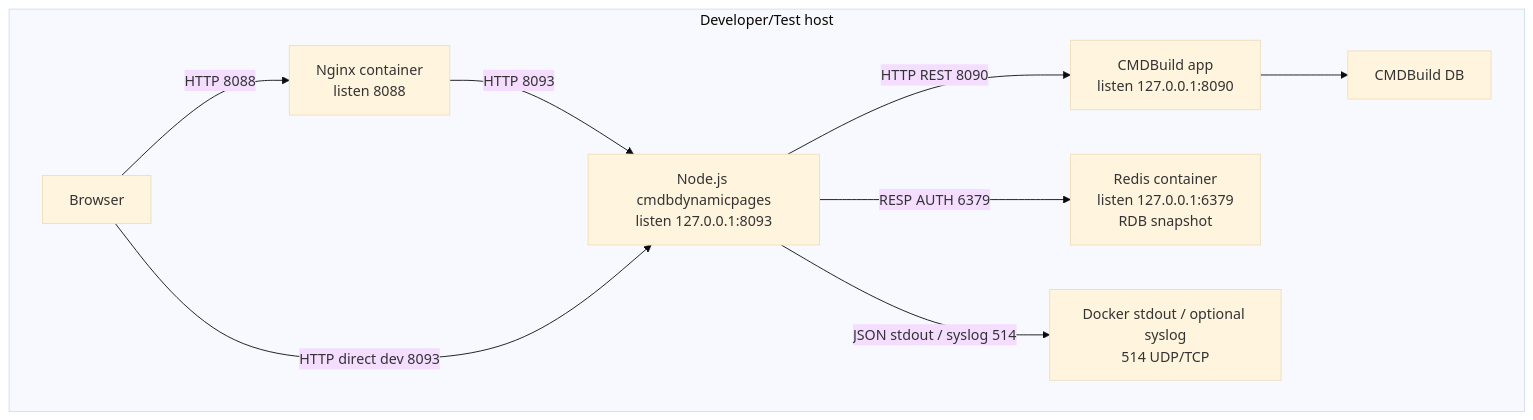
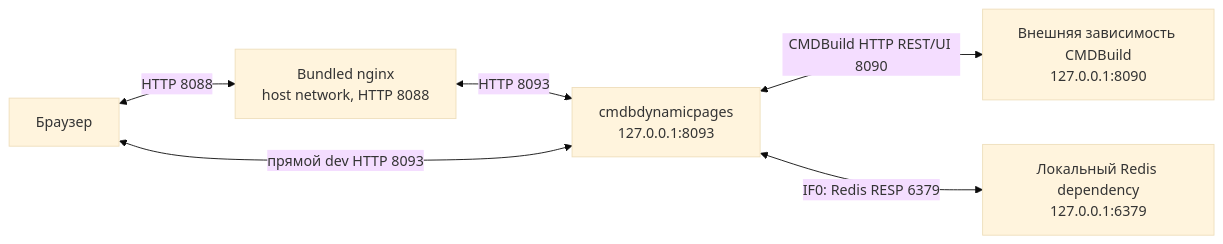
Before and after one commit to igorlyapin-max/cmdbdynamicpages: the second of 2 diagrams in aa/deployment.md, drawn with Mermaid (base theme). The commit also changed other lines of this file and 31 other files, not shown here.

Commit message:
docs(architecture): align AA maps and add workbook validation

````diff
--- a/aa/deployment.md
+++ b/aa/deployment.md
@@ -7,20 +65,13 @@
 ```mermaid
-flowchart TB
-  subgraph Host["Developer/Test host"]
-    Browser[Browser]
-    Nginx[Nginx container<br/>listen 8088]
-    Backend[Node.js cmdbdynamicpages<br/>listen 127.0.0.1:8093]
-    Redis[Redis container<br/>listen 127.0.0.1:6379<br/>RDB snapshot]
-    CMDBuild[CMDBuild app<br/>listen 127.0.0.1:8090]
-    Logs[Docker stdout / optional syslog<br/>514 UDP/TCP]
-    CMDBDB[CMDBuild DB]
-  end
-
-  Browser -->|HTTP 8088| Nginx
-  Nginx -->|HTTP 8093| Backend
-  Browser -->|HTTP direct dev 8093| Backend
-  Backend -->|HTTP REST 8090| CMDBuild
-  Backend -->|RESP AUTH 6379| Redis
-  Backend -->|JSON stdout / syslog 514| Logs
-  CMDBuild --> CMDBDB
+flowchart LR
+  Browser["Браузер"]
+  Nginx["Bundled nginx<br/>host network, HTTP 8088"]
+  Backend["cmdbdynamicpages<br/>127.0.0.1:8093"]
+  CMDB["Внешняя зависимость CMDBuild<br/>127.0.0.1:8090"]
+  Redis["Локальный Redis dependency<br/>127.0.0.1:6379"]
+  Browser <-->|"HTTP 8088"| Nginx
+  Nginx <-->|"HTTP 8093"| Backend
+  Browser <-->|"прямой dev HTTP 8093"| Backend
+  Backend <-->|"CMDBuild HTTP REST/UI 8090"| CMDB
+  Backend <-->|"IF0: Redis RESP 6379"| Redis
 ```
````
